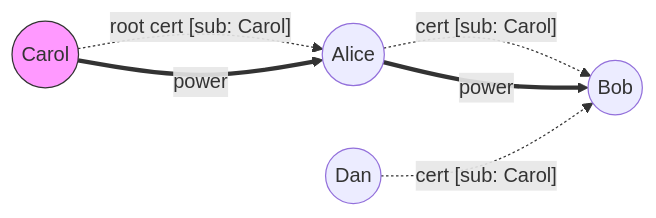
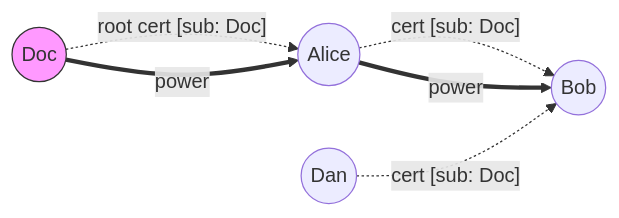
One commit to inkandswitch/keyhive changed the first of 3 diagrams in design/keyline/evaluation-notes.md. Above: the diagram before and after it, drawn with Mermaid. The commit also changed other lines of this file and 12 other files, not shown here.

````diff
--- a/design/keyline/evaluation-notes.md
+++ b/design/keyline/evaluation-notes.md
@@ -42,13 +42,13 @@
 ```mermaid
 flowchart LR
-    classDef socket fill:#f9f,stroke:#333
+    classDef subject fill:#f9f,stroke:#333
 
-    Carol((Carol)):::socket
+    Doc((Doc)):::subject
 
-    Carol -. "root cert [sub: Carol]" .-> Alice((Alice))
-    Alice -. "cert [sub: Carol]" .-> Bob((Bob))
-    Dan((Dan)) -. "cert [sub: Carol]" .-> Bob
+    Doc -. "root cert [sub: Doc]" .-> Alice((Alice))
+    Alice -. "cert [sub: Doc]" .-> Bob((Bob))
+    Dan((Dan)) -. "cert [sub: Doc]" .-> Bob
 
-    Carol ==>|power| Alice
+    Doc ==>|power| Alice
     Alice ==>|power| Bob
 ```
````
